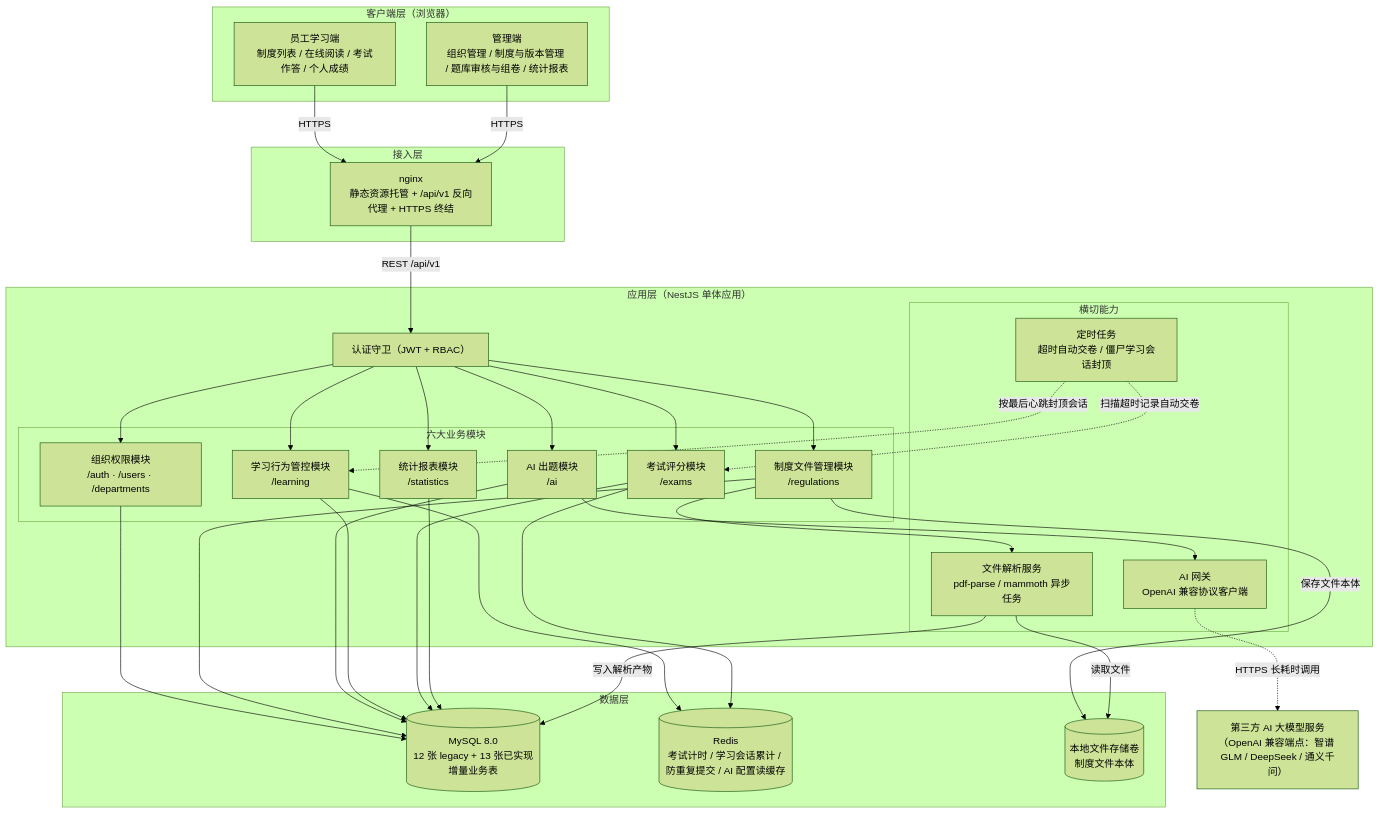
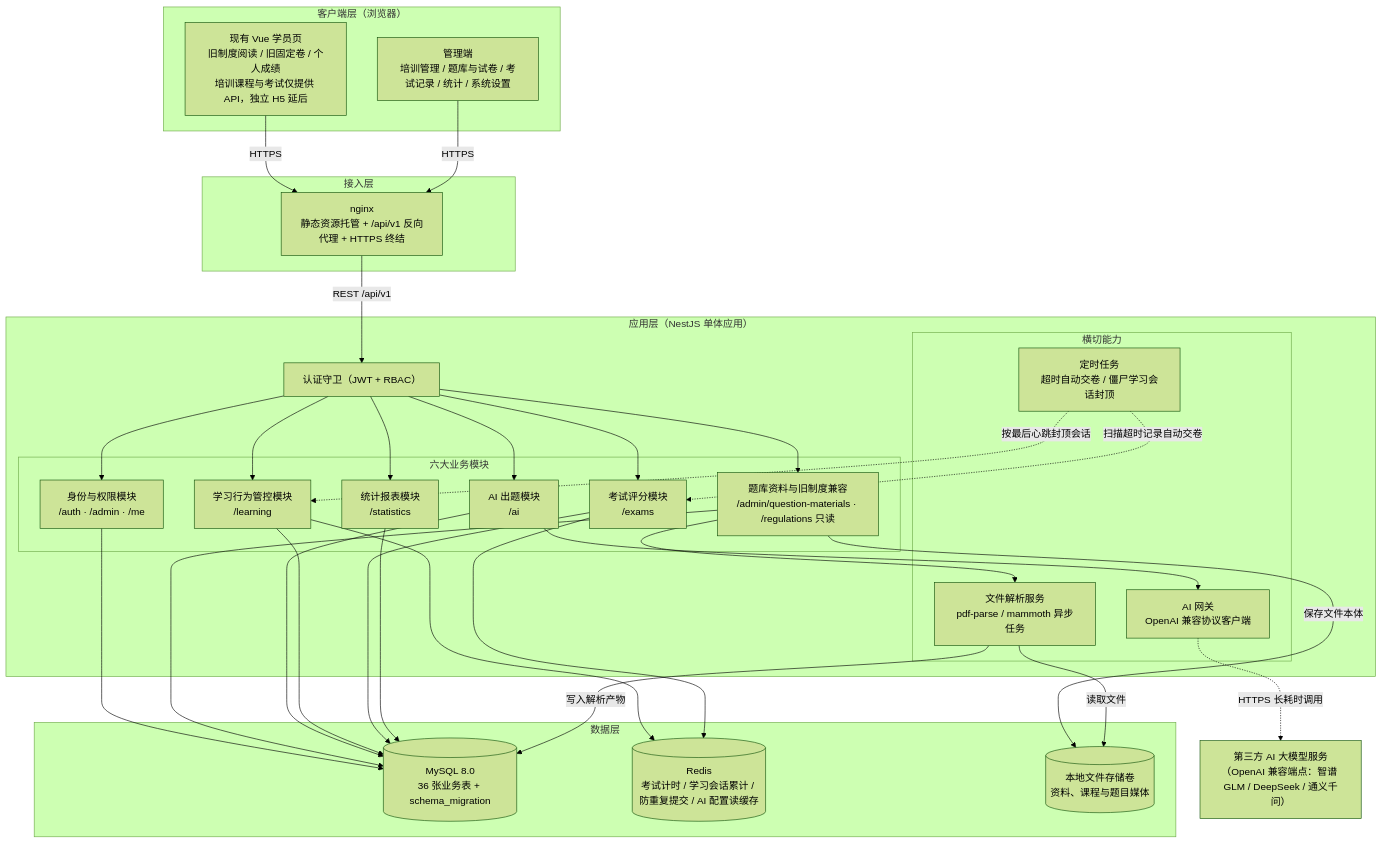
One commit to caoguanjie/emodor-exam changed the first of 2 diagrams in docs/design/02-系统架构.md. Above: the diagram before and after it, drawn with Mermaid (forest theme). The commit also changed other lines of this file and 181 other files, not shown here.

````diff
--- a/docs/design/02-系统架构.md
+++ b/docs/design/02-系统架构.md
@@ -38,62 +38,62 @@
 ```mermaid
 graph TD
     subgraph CL["客户端层（浏览器）"]
-        E["员工学习端<br/>制度列表 / 在线阅读 / 考试作答 / 个人成绩"]
-        M["管理端<br/>组织管理 / 制度与版本管理 / 题库审核与组卷 / 统计报表"]
+        E["现有 Vue 学员页<br/>旧制度阅读 / 旧固定卷 / 个人成绩<br/>培训课程与考试仅提供 API，独立 H5 延后"]
+        M["管理端<br/>培训管理 / 题库与试卷 / 考试记录 / 统计 / 系统设置"]
     end
 
     subgraph NL["接入层"]
         NGX["nginx<br/>静态资源托管 + /api/v1 反向代理 + HTTPS 终结"]
     end
 
     subgraph AL["应用层（NestJS 单体应用）"]
         GA["认证守卫（JWT + RBAC）"]
         subgraph BIZ["六大业务模块"]
-            M1["组织权限模块<br/>/auth · /users · /departments"]
-            M2["制度文件管理模块<br/>/regulations"]
+            M1["身份与权限模块<br/>/auth · /admin · /me"]
+            M2["题库资料与旧制度兼容<br/>/admin/question-materials · /regulations 只读"]
             M3["AI 出题模块<br/>/ai"]
             M4["学习行为管控模块<br/>/learning"]
             M5["考试评分模块<br/>/exams"]
             M6["统计报表模块<br/>/statistics"]
         end
         subgraph XC["横切能力"]
             FP["文件解析服务<br/>pdf-parse / mammoth 异步任务"]
             AG["AI 网关<br/>OpenAI 兼容协议客户端"]
             SCH["定时任务<br/>超时自动交卷 / 僵尸学习会话封顶"]
         end
     end
 
     subgraph DL["数据层"]
-        DB[("MySQL 8.0<br/>12 张 legacy + 13 张已实现增量业务表")]
+        DB[("MySQL 8.0<br/>36 张业务表 + schema_migration")]
         RD[("Redis<br/>考试计时 / 学习会话累计 / 防重复提交 / AI 配置读缓存")]
-        FS[("本地文件存储卷<br/>制度文件本体")]
+        FS[("本地文件存储卷<br/>资料、课程与题目媒体")]
     end
 
     EXT["第三方 AI 大模型服务<br/>（OpenAI 兼容端点：智谱 GLM / DeepSeek / 通义千问）"]
 
     E -->|"HTTPS"| NGX
     M -->|"HTTPS"| NGX
     NGX -->|"REST /api/v1"| GA
     GA --> M1
     GA --> M2
     GA --> M3
     GA --> M4
     GA --> M5
     GA --> M6
     M2 --> FP
     M3 --> AG
     SCH -.->|"扫描超时记录自动交卷"| M5
     SCH -.->|"按最后心跳封顶会话"| M4
     M1 --> DB
     M2 --> DB
     M3 --> DB
     M4 --> DB
     M5 --> DB
     M6 --> DB
     M4 --> RD
     M5 --> RD
     M2 -->|"保存文件本体"| FS
     FP -->|"读取文件"| FS
     FP -->|"写入解析产物"| DB
     AG -.->|"HTTPS 长耗时调用"| EXT
 ```
````
